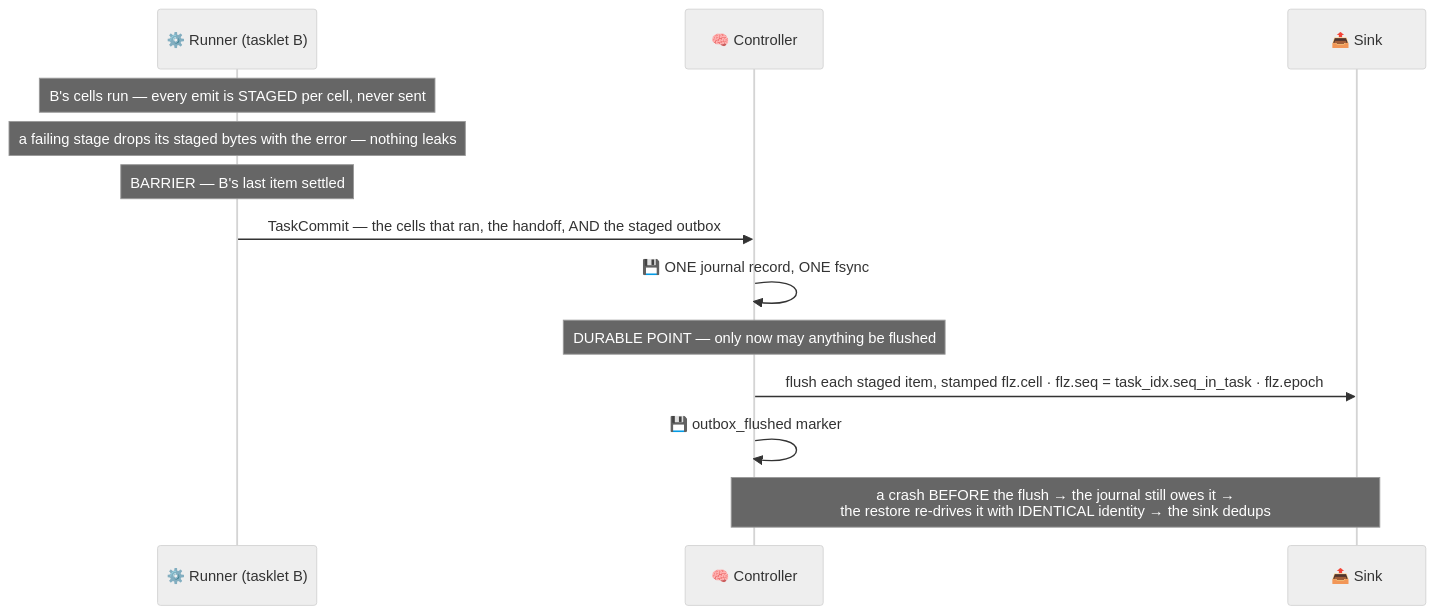
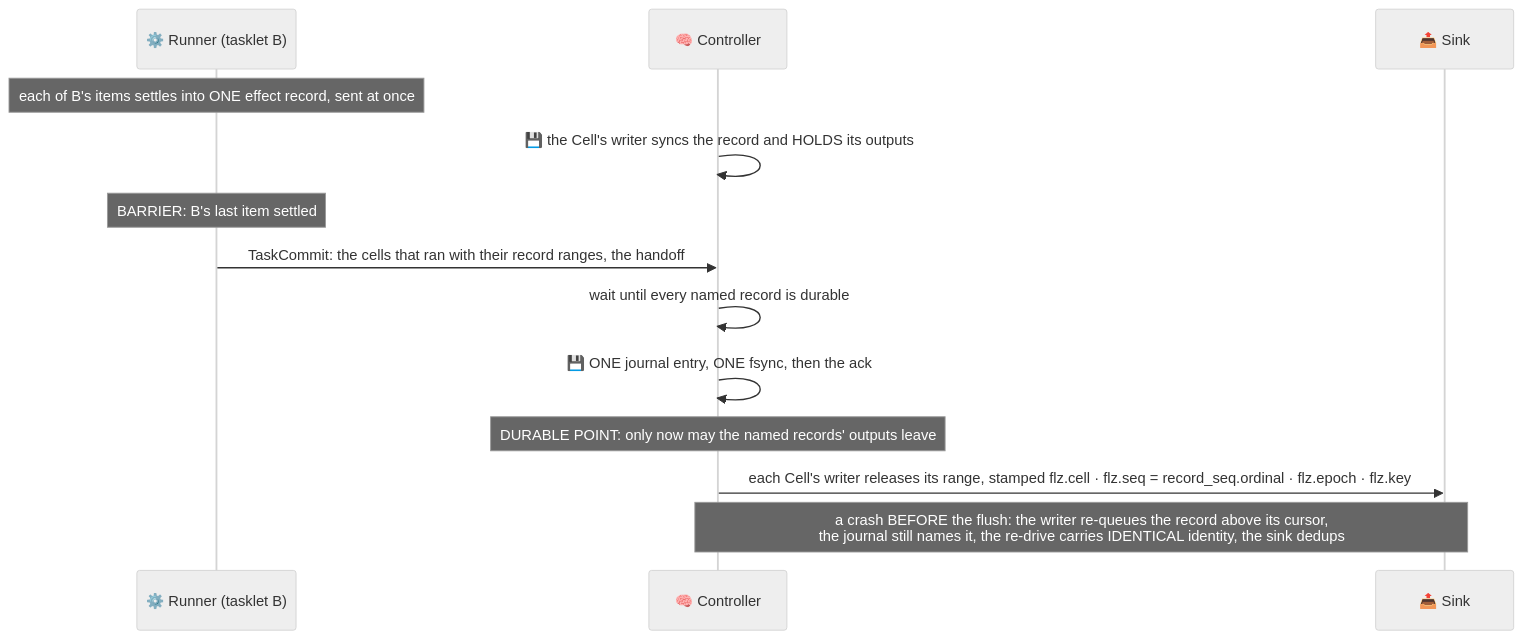
One commit to Flezha/flezha changed the third of 8 diagrams in docs/architecture/workflow_profile.md. Above: the diagram before and after it, drawn with Mermaid (neutral theme). The commit also changed other lines of this file and 72 other files, not shown here.

First line of the commit message:
Commit a workflow stage through its Cells' own records

````diff
--- a/docs/architecture/workflow_profile.md
+++ b/docs/architecture/workflow_profile.md
@@ -172,16 +181,16 @@
 ```mermaid
 sequenceDiagram
     participant EX as ⚙️ Runner (tasklet B)
     participant CTRL as 🧠 Controller
     participant SINK as 📤 Sink
 
-    Note over EX: B's cells run — every emit is STAGED per cell, never sent
-    Note over EX: a failing stage drops its staged bytes with the error — nothing leaks
-    Note over EX: BARRIER — B's last item settled
-    EX->>CTRL: TaskCommit — the cells that ran, the handoff, AND the staged outbox
-    CTRL->>CTRL: 💾 ONE journal record, ONE fsync
-    Note over CTRL: DURABLE POINT — only now may anything be flushed
-    CTRL->>SINK: flush each staged item, stamped flz.cell · flz.seq = task_idx.seq_in_task · flz.epoch
-    CTRL->>CTRL: 💾 outbox_flushed marker
-    Note over CTRL,SINK: a crash BEFORE the flush → the journal still owes it →<br/>the restore re-drives it with IDENTICAL identity → the sink dedups
+    Note over EX: each of B's items settles into ONE effect record, sent at once
+    CTRL->>CTRL: 💾 the Cell's writer syncs the record and HOLDS its outputs
+    Note over EX: BARRIER: B's last item settled
+    EX->>CTRL: TaskCommit: the cells that ran with their record ranges, the handoff
+    CTRL->>CTRL: wait until every named record is durable
+    CTRL->>CTRL: 💾 ONE journal entry, ONE fsync, then the ack
+    Note over CTRL: DURABLE POINT: only now may the named records' outputs leave
+    CTRL->>SINK: each Cell's writer releases its range, stamped flz.cell · flz.seq = record_seq.ordinal · flz.epoch · flz.key
+    Note over CTRL,SINK: a crash BEFORE the flush: the writer re-queues the record above its cursor,<br/>the journal still names it, the re-drive carries IDENTICAL identity, the sink dedups
 ```
````
